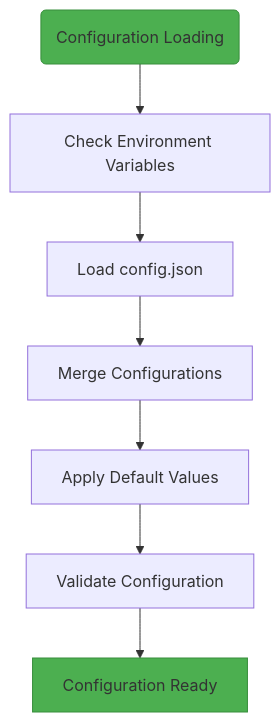
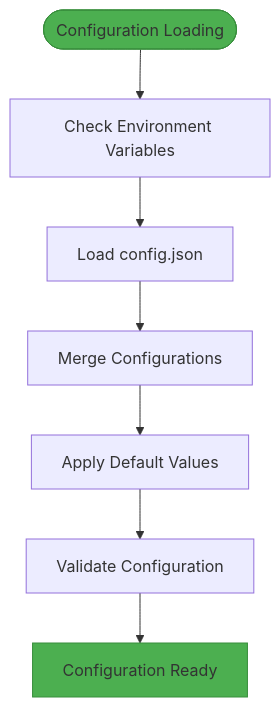
One commit to Likhithsai2580/RAVANA-WIKI changed the first of 4 diagrams in docs/LLM Integration/LLM Providers Configuration.md. Above: the diagram before and after it, drawn with Mermaid. The commit also changed other lines of this file and 78 other files, not shown here.

````diff
--- a/docs/LLM Integration/LLM Providers Configuration.md
+++ b/docs/LLM Integration/LLM Providers Configuration.md
@@ -21,12 +21,11 @@
 ```mermaid
 flowchart TD
-Start("Configuration Loading") --> EnvCheck["Check Environment Variables"]
+Start([Configuration Loading]) --> EnvCheck["Check Environment Variables"]
 EnvCheck --> ConfigFile["Load config.json"]
 ConfigFile --> Merge["Merge Configurations"]
 Merge --> Default["Apply Default Values"]
 Default --> Validation["Validate Configuration"]
 Validation --> Ready["Configuration Ready"]
 style Start fill:#4CAF50,stroke:#388E3C
 style Ready fill:#4CAF50,stroke:#388E3C
-
 ```
````
